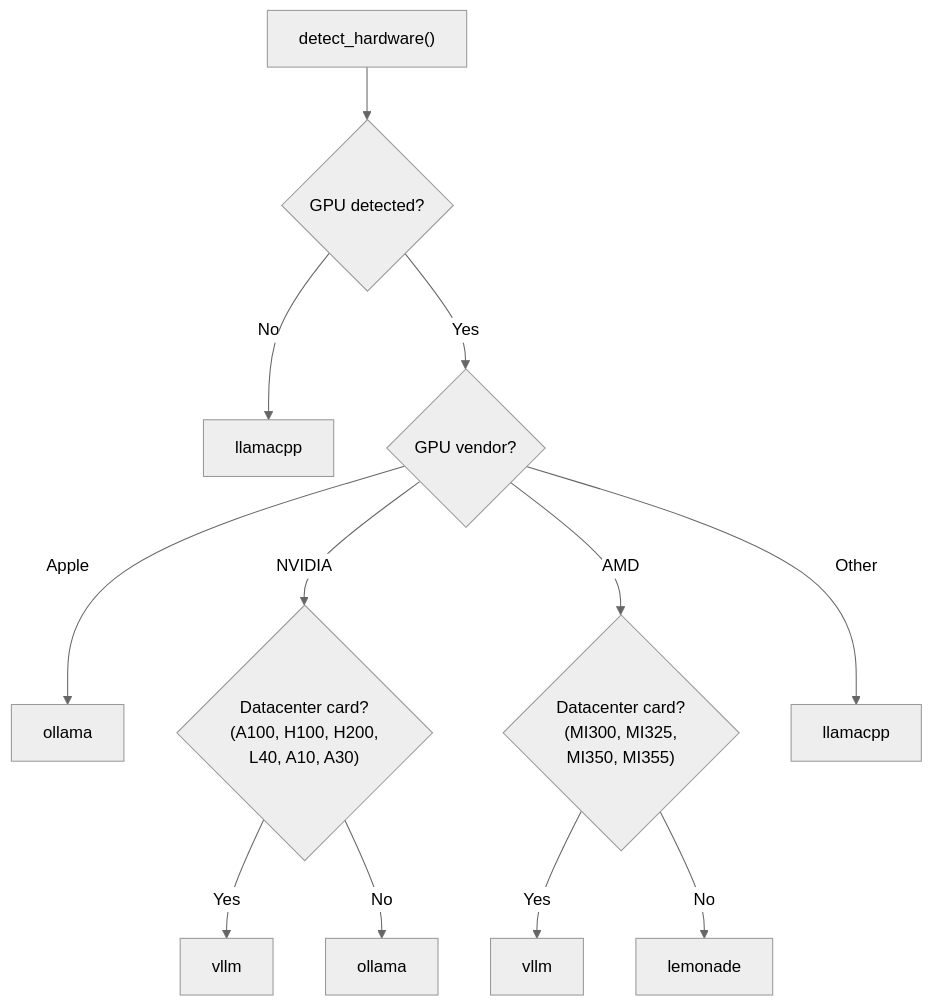
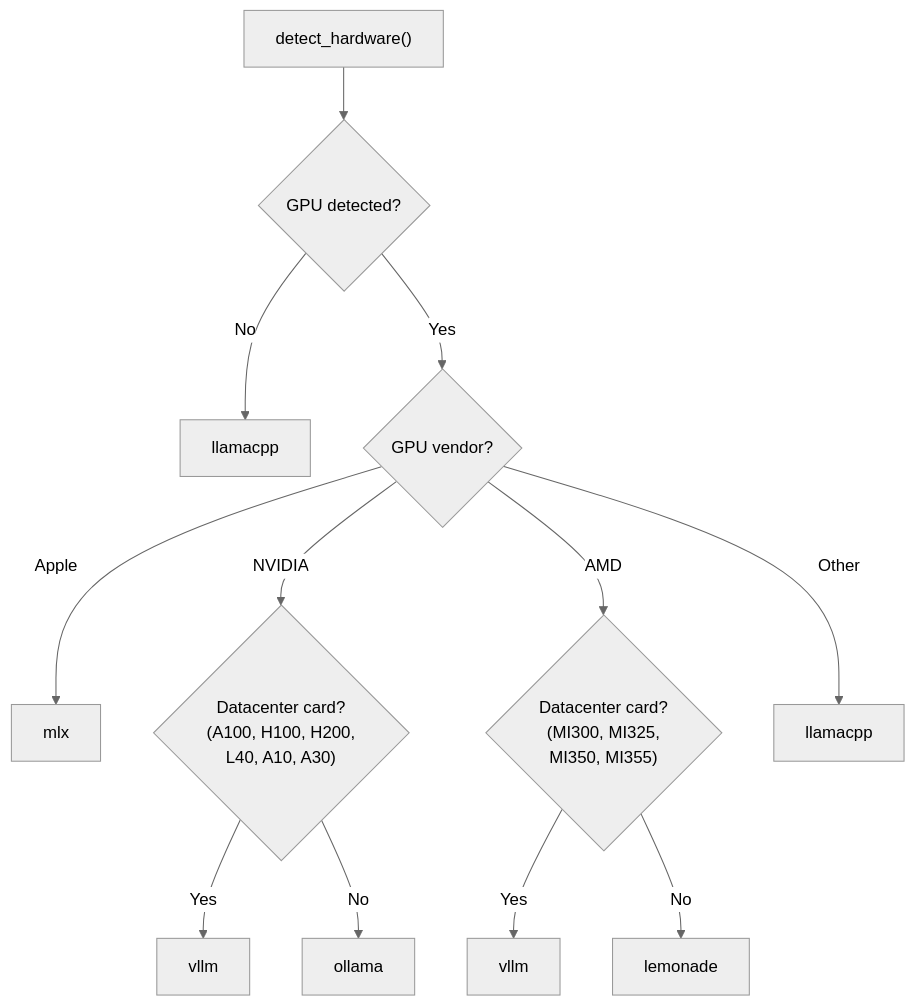
The diagram in docs/architecture/engine.md (ImSothe/Jarvis-Project-by-Sothe), drawn with Mermaid (neutral theme) before and after one commit. The commit also changed other lines of this file and 2 other files, not shown here.

Commit message:
docs: update engine recommendation docs to reflect implementation (#989)

````diff
--- a/docs/architecture/engine.md
+++ b/docs/architecture/engine.md
@@ -284,14 +284,14 @@
 ```mermaid
 graph TD
     A["detect_hardware()"] --> B{"GPU detected?"}
     B -->|No| C["llamacpp"]
     B -->|Yes| D{"GPU vendor?"}
-    D -->|Apple| E["ollama"]
+    D -->|Apple| E["mlx"]
     D -->|NVIDIA| F{"Datacenter card?<br/>(A100, H100, H200,<br/>L40, A10, A30)"}
     F -->|Yes| G["vllm"]
     F -->|No| H["ollama"]
     D -->|AMD| I{"Datacenter card?<br/>(MI300, MI325,<br/>MI350, MI355)"}
     I -->|Yes| K["vllm"]
     I -->|No| L["lemonade"]
     D -->|Other| J["llamacpp"]
 ```
````
